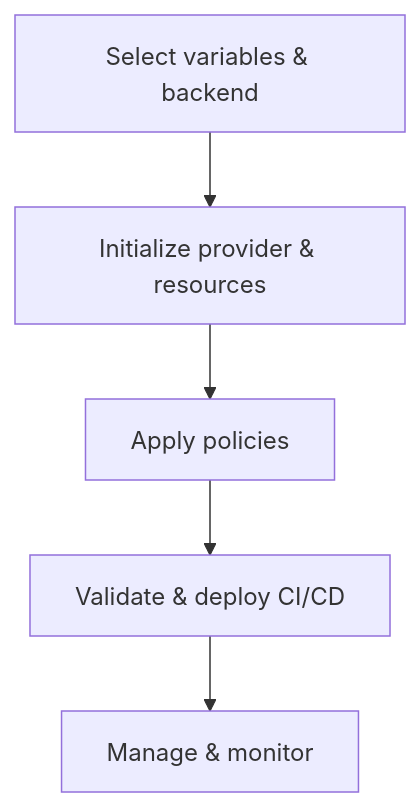
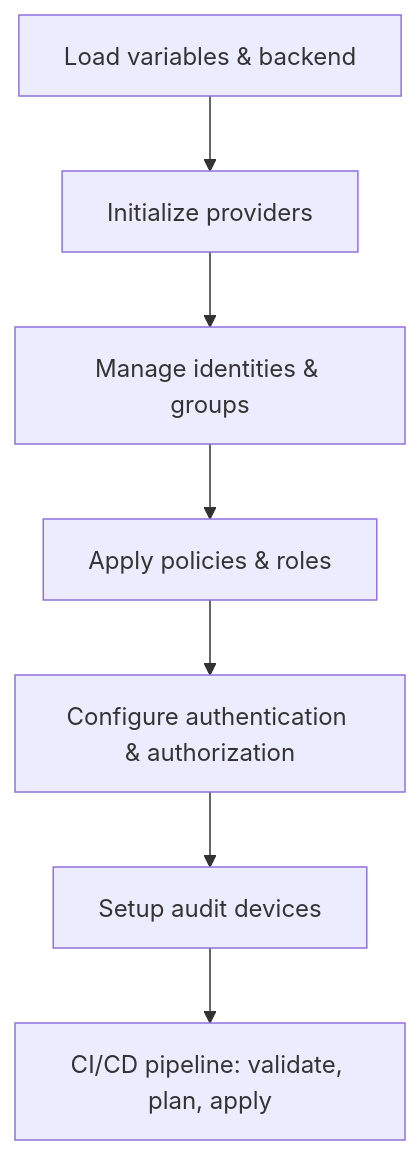
Before and after one commit to starixvn/iac_vault_infra-mgmt: the diagram in README.md, drawn with Mermaid. The commit also changed other lines of this file, not shown here.

````diff
--- a/README.md
+++ b/README.md
@@ -51,7 +221,9 @@
 ```mermaid
 graph TD
-  A[Select variables & backend] --> B[Initialize provider & resources]
-  B --> C[Apply policies]
-  C --> D[Validate & deploy CI/CD]
-  D --> E[Manage & monitor]
+  A[Load variables & backend] --> B[Initialize providers]
+  B --> C[Manage identities & groups]
+  C --> D[Apply policies & roles]
+  D --> E[Configure authentication & authorization]
+  E --> F[Setup audit devices]
+  F --> G[CI/CD pipeline: validate, plan, apply]
 ```
````
